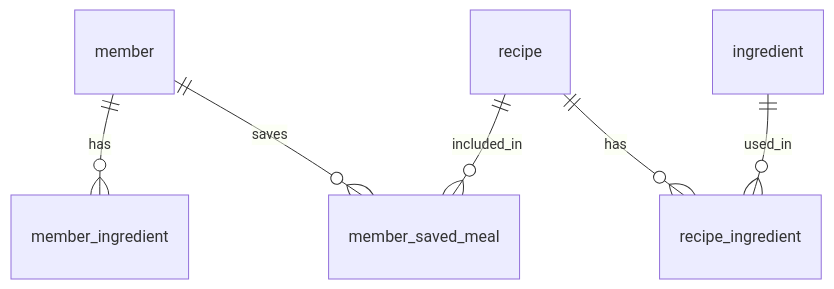
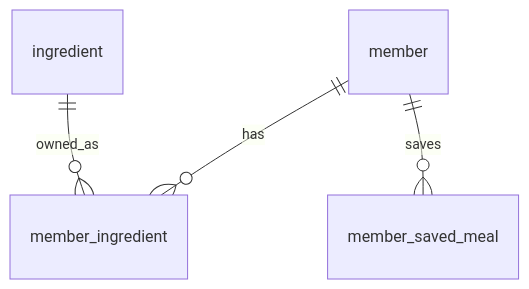
Before and after one commit to hg-proj/mealgram: the first of 2 diagrams in docs/ERD.md, drawn with Mermaid. The commit also changed other lines of this file and 77 other files, not shown here.

````diff
--- a/docs/ERD.md
+++ b/docs/ERD.md
@@ -22,8 +21,6 @@
 ```mermaid
 erDiagram
     member ||--o{ member_ingredient : has
     member ||--o{ member_saved_meal : saves
-    recipe ||--o{ member_saved_meal : included_in
-    recipe ||--o{ recipe_ingredient : has
-    ingredient ||--o{ recipe_ingredient : used_in
+    ingredient ||--o{ member_ingredient : owned_as
 ```
````
